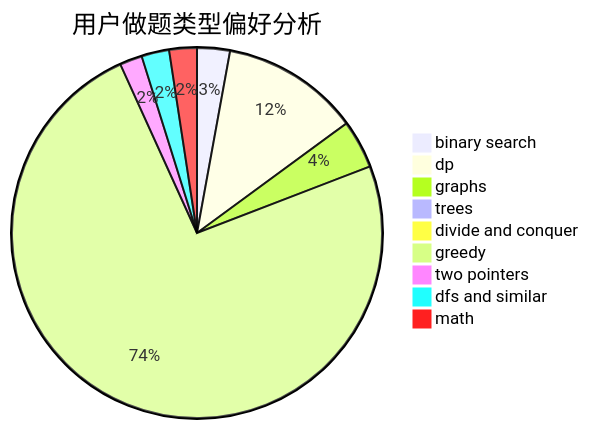
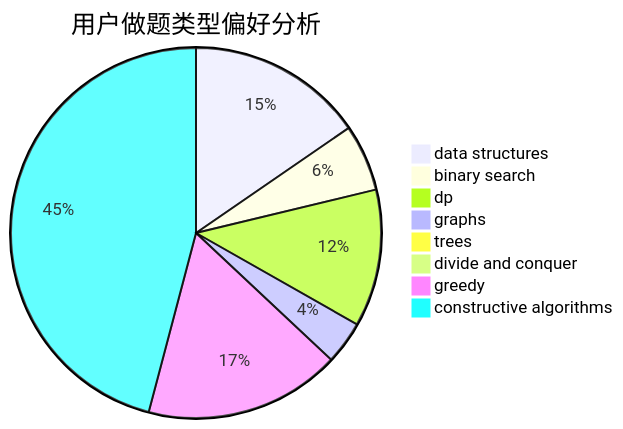
The second of 3 diagrams in docs/user/u1581.md (sherpahu/cfrs.github.io), drawn with Mermaid before and after one commit. The commit also changed other lines of this file and 2775 other files, not shown here.

````diff
--- a/docs/user/u1581.md
+++ b/docs/user/u1581.md
@@ -23,12 +23,11 @@
 ```mermaid
 pie title 用户做题类型偏好分析
-    "binary search" :  19
-    "dp" :  80
-    "graphs" :  28
+    "data structures" :  45
+    "binary search" :  17
+    "dp" :  35
+    "graphs" :  11
     "trees" :  2
     "divide and conquer" :  1
-    "greedy" :  491
-    "two pointers" :  13
-    "dfs and similar" :  16
-    "math" :  16
+    "greedy" :  50
+    "constructive algorithms" :  134
 ```
````
